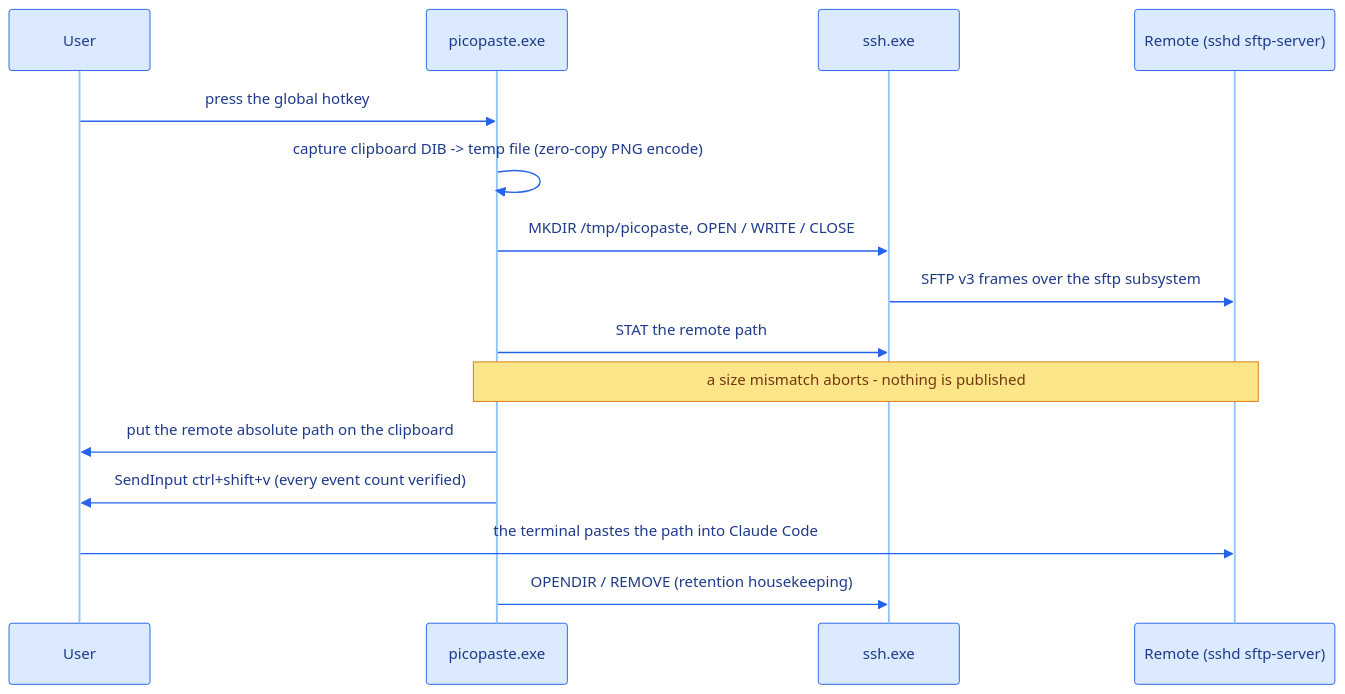
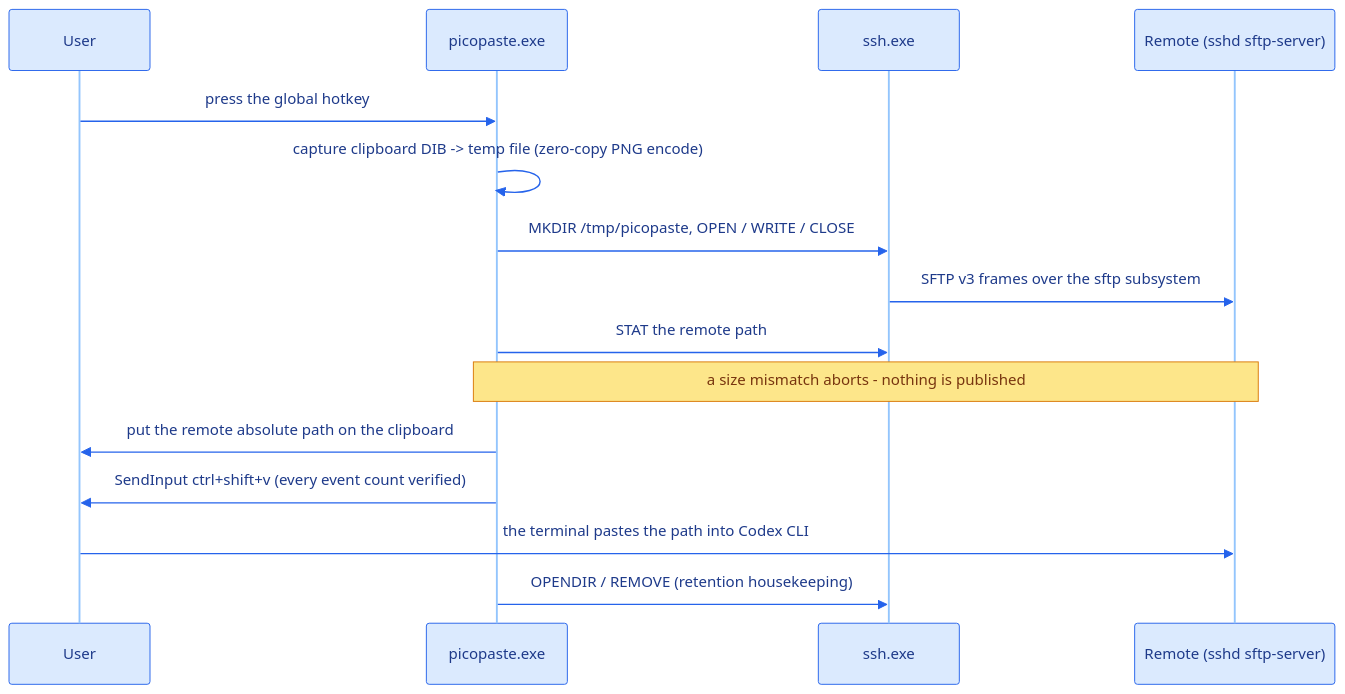
Before and after one commit to DeguiLiu/picopaste: the second of 3 diagrams in README.md, drawn with Mermaid. The commit also changed other lines of this file and 1 other file, not shown here.

Commit message:
story-docs(dm): make Codex CLI the star and Claude Code the compatible reader

````diff
--- a/README.md
+++ b/README.md
@@ -50,18 +51,18 @@
 ```mermaid
 %%{init: {"theme":"base","themeVariables":{"actorBkg":"#dbeafe","actorBorder":"#2563eb","actorTextColor":"#1e3a8a","actorLineColor":"#93c5fd","signalColor":"#2563eb","signalTextColor":"#1e3a8a","noteBkgColor":"#fde68a","noteBorderColor":"#d97706","noteTextColor":"#78350f"}}}%%
 sequenceDiagram
   participant U as User
   participant P as picopaste.exe
   participant S as ssh.exe
   participant R as Remote (sshd sftp-server)
   U->>P: press the global hotkey
   P->>P: capture clipboard DIB -> temp file (zero-copy PNG encode)
   P->>S: MKDIR /tmp/picopaste, OPEN / WRITE / CLOSE
   S->>R: SFTP v3 frames over the sftp subsystem
   P->>S: STAT the remote path
   Note over P,R: a size mismatch aborts - nothing is published
   P->>U: put the remote absolute path on the clipboard
   P->>U: SendInput ctrl+shift+v (every event count verified)
-  U->>R: the terminal pastes the path into Claude Code
+  U->>R: the terminal pastes the path into Codex CLI
   P->>S: OPENDIR / REMOVE (retention housekeeping)
 ```
````
